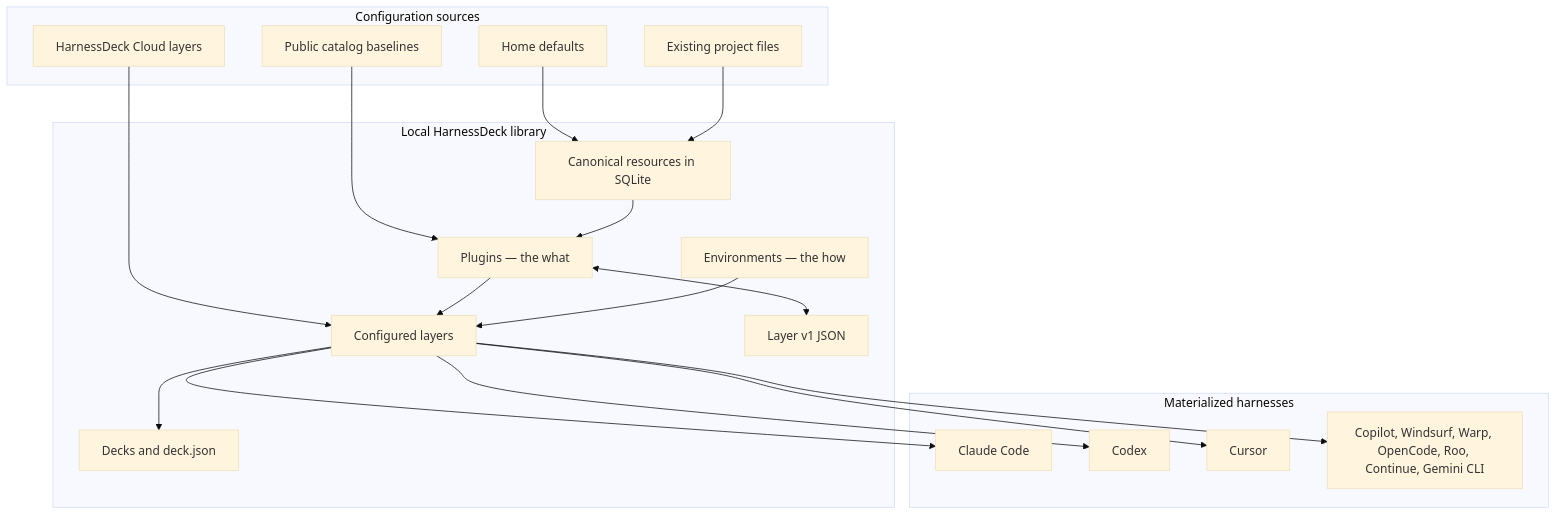
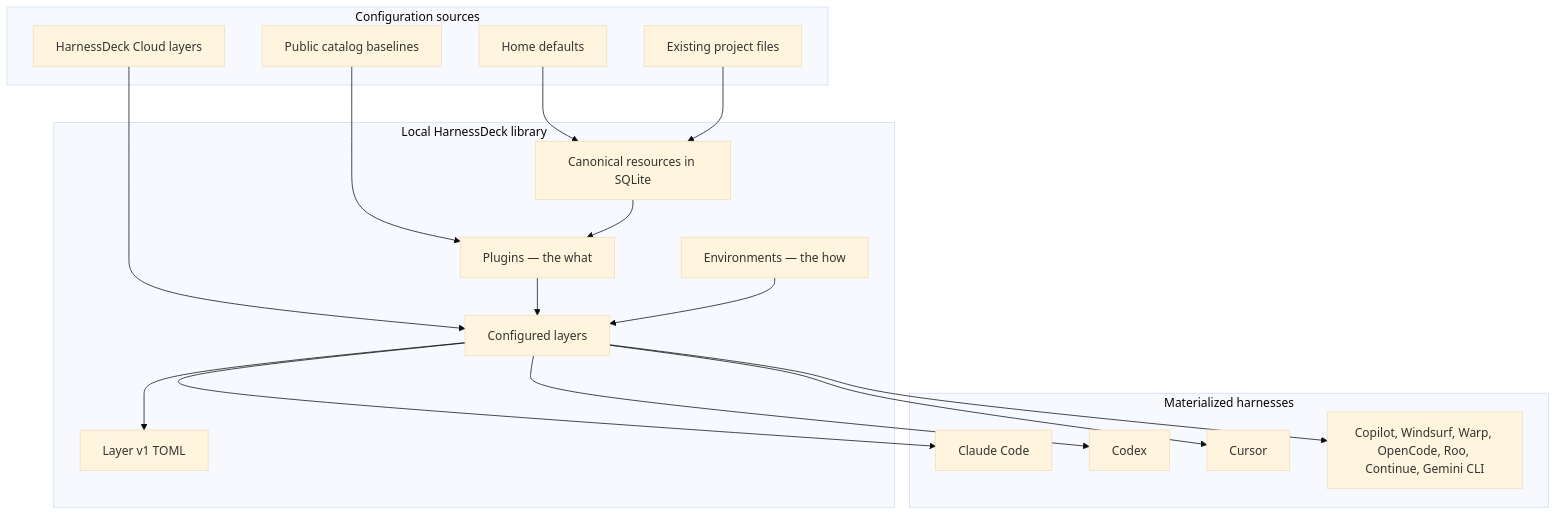
One commit to harnesstap/harnesstap changed the first of 3 diagrams in README.md. Above: the diagram before and after it, drawn with Mermaid (base theme). The commit also changed other lines of this file and 79 other files, not shown here.

````diff
--- a/README.md
+++ b/README.md
@@ -212,39 +212,37 @@
 ```mermaid
 flowchart TB
   subgraph Sources[Configuration sources]
     Home[Home defaults]
     Repo[Existing project files]
     Cloud[HarnessDeck Cloud layers]
     BuiltIn[Public catalog baselines]
   end
 
   subgraph Library[Local HarnessDeck library]
     Resources[Canonical resources in SQLite]
     Plugins[Plugins — the what]
     Envs[Environments — the how]
     Layers[Configured layers]
-    Decks[Decks and deck.json]
-    Bundles[Layer v1 JSON]
+    Bundles[Layer v1 TOML]
   end
 
   subgraph Targets[Materialized harnesses]
     Claude[Claude Code]
     Codex[Codex]
     Cursor[Cursor]
     Generic[Copilot, Windsurf, Warp, OpenCode, Roo, Continue, Gemini CLI]
   end
 
   Home --> Resources
   Repo --> Resources
   Cloud --> Layers
   BuiltIn --> Plugins
   Resources --> Plugins
   Plugins --> Layers
   Envs --> Layers
-  Layers --> Decks
-  Plugins <--> Bundles
+  Layers --> Bundles
   Layers --> Claude
   Layers --> Codex
   Layers --> Cursor
   Layers --> Generic
 ```
````
